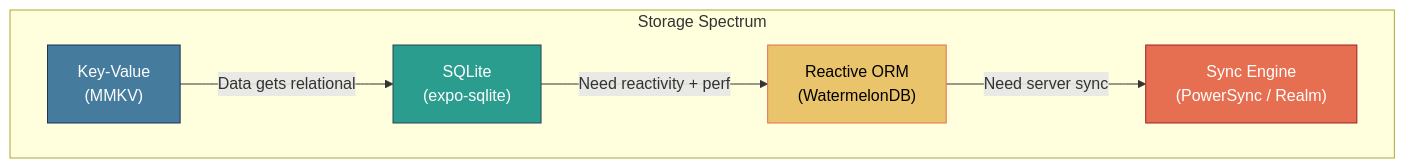
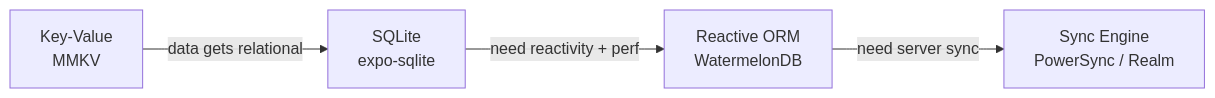
One commit to BabaScience/react-guides changed the fourth of 5 diagrams in arguments/chapters/rn-11-storage-persistence.md. Above: the diagram before and after it, drawn with Mermaid. The commit also changed other lines of this file and 63 other files, not shown here.

First line of the commit message:
Enrich React Native roadmap with deeper content, visuals, and FR/IT translations

````diff
--- a/arguments/chapters/rn-11-storage-persistence.md
+++ b/arguments/chapters/rn-11-storage-persistence.md
@@ -212,19 +298,6 @@
 ```mermaid
 flowchart LR
-    subgraph "Storage Spectrum"
-        direction LR
-        KV["Key-Value<br/>(MMKV)"]
-        SQL["SQLite<br/>(expo-sqlite)"]
-        ORM["Reactive ORM<br/>(WatermelonDB)"]
-        SYNC["Sync Engine<br/>(PowerSync / Realm)"]
-    end
-
-    KV -->|"Data gets relational"| SQL
-    SQL -->|"Need reactivity + perf"| ORM
-    ORM -->|"Need server sync"| SYNC
-
-    style KV fill:#457b9d,stroke:#1d3557,color:#fff
-    style SQL fill:#2a9d8f,stroke:#264653,color:#fff
-    style ORM fill:#e9c46a,stroke:#e76f51,color:#000
-    style SYNC fill:#e76f51,stroke:#9b2226,color:#fff
+    KV["Key-Value<br/>MMKV"] -->|"data gets relational"| SQL["SQLite<br/>expo-sqlite"]
+    SQL -->|"need reactivity + perf"| ORM["Reactive ORM<br/>WatermelonDB"]
+    ORM -->|"need server sync"| SYNC["Sync Engine<br/>PowerSync / Realm"]
 ```
````
